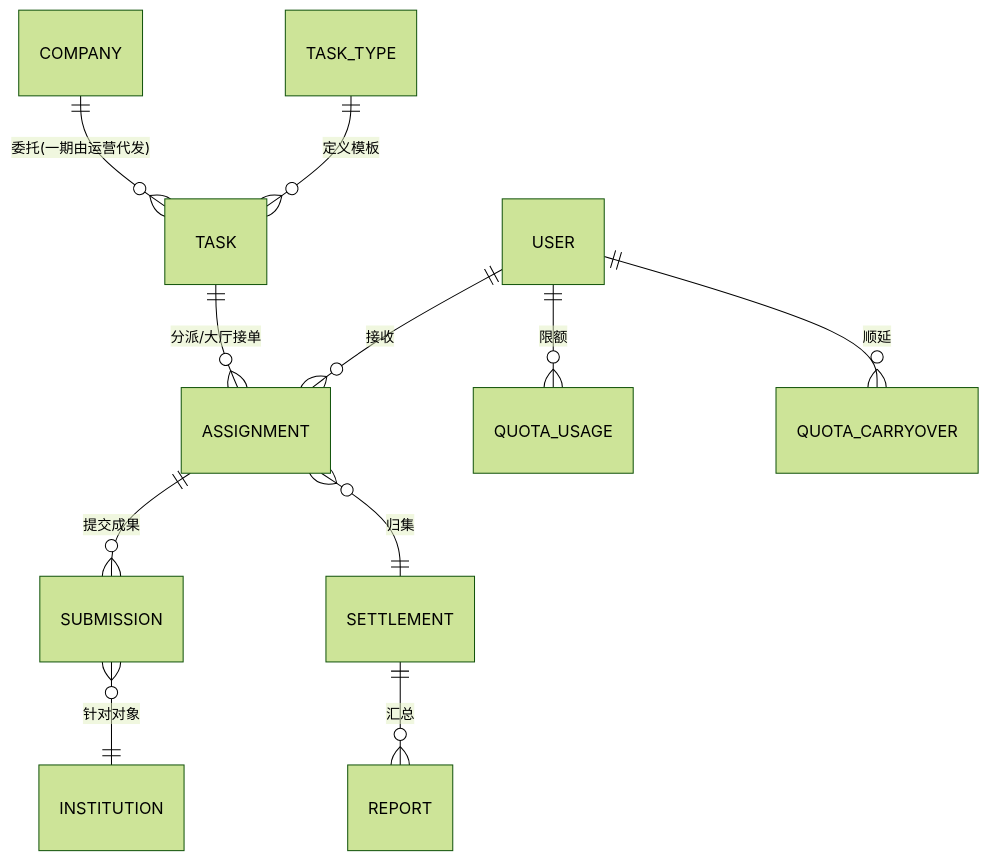
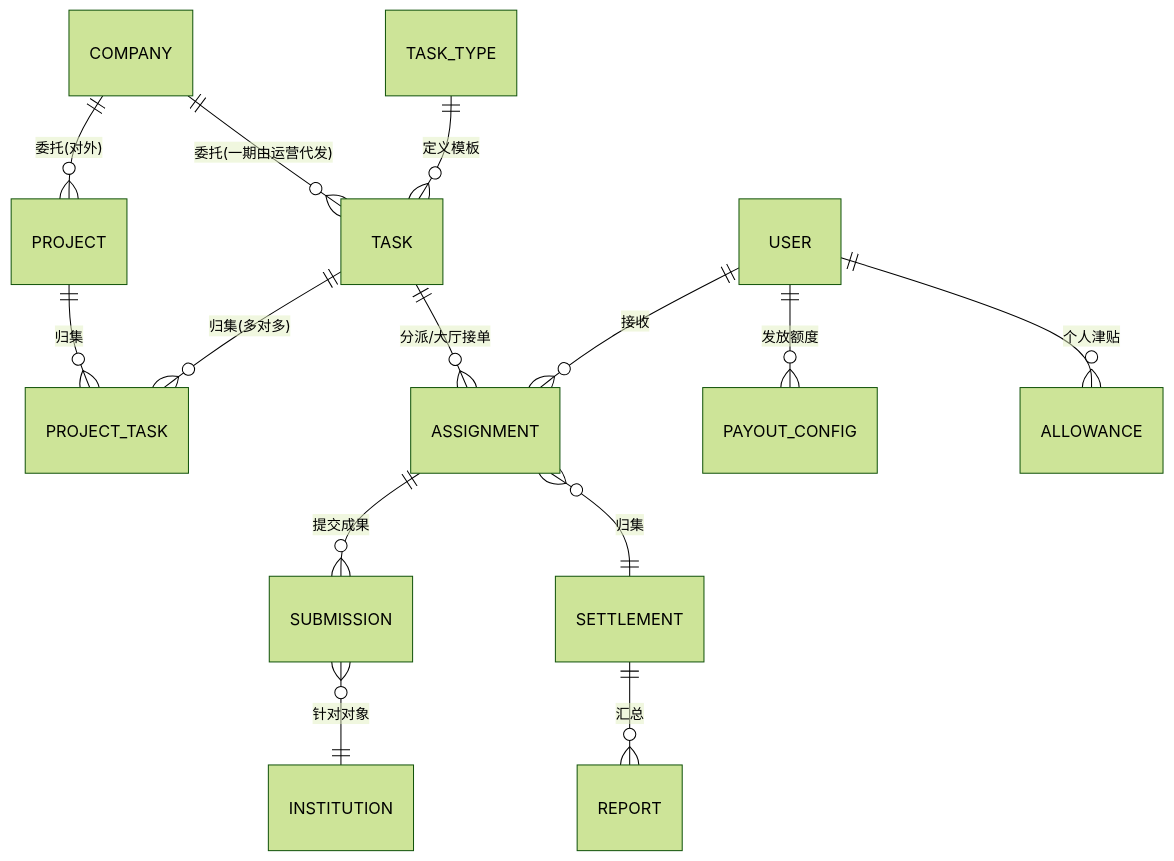
Before and after one commit to Echo-Note/FastapiAdmin: the second of 5 diagrams in docs/02-系统设计文档.md, drawn with Mermaid (forest theme). The commit also changed other lines of this file and 2 other files, not shown here.

````diff
--- a/docs/02-系统设计文档.md
+++ b/docs/02-系统设计文档.md
@@ -75,13 +76,16 @@
 ```mermaid
 erDiagram
+    COMPANY ||--o{ PROJECT : "委托(对外)"
     COMPANY ||--o{ TASK : "委托(一期由运营代发)"
     TASK_TYPE ||--o{ TASK : "定义模板"
+    PROJECT ||--o{ PROJECT_TASK : "归集"
+    TASK ||--o{ PROJECT_TASK : "归集(多对多)"
     TASK ||--o{ ASSIGNMENT : "分派/大厅接单"
     USER ||--o{ ASSIGNMENT : "接收"
     ASSIGNMENT ||--o{ SUBMISSION : "提交成果"
     SUBMISSION }o--|| INSTITUTION : "针对对象"
     ASSIGNMENT }o--|| SETTLEMENT : "归集"
-    USER ||--o{ QUOTA_USAGE : "限额"
-    USER ||--o{ QUOTA_CARRYOVER : "顺延"
+    USER ||--o{ PAYOUT_CONFIG : "发放额度"
+    USER ||--o{ ALLOWANCE : "个人津贴"
     SETTLEMENT ||--o{ REPORT : "汇总"
 ```
````
